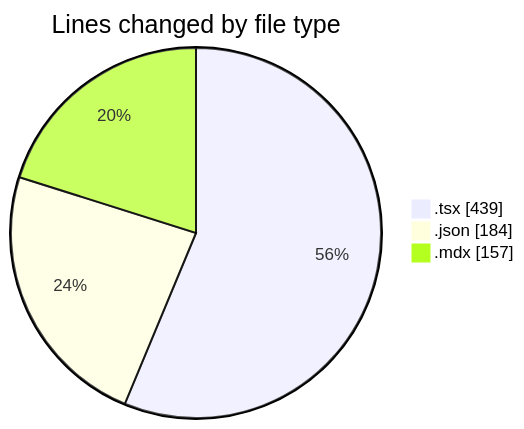
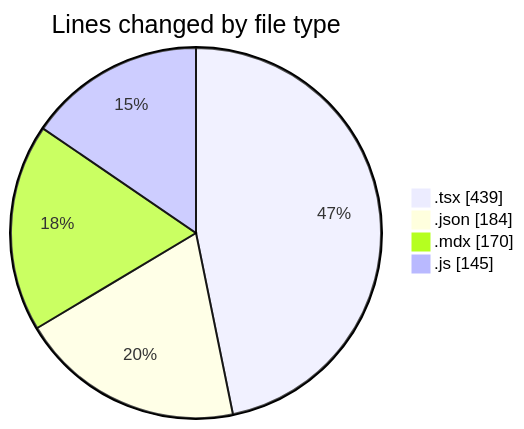
Before and after one commit to momahboobian/code-tracking: the first of 2 diagrams in 2026-01-12/cda/README.md, drawn with Mermaid. The commit also changed other lines of this file and 1 other file, not shown here.

````diff
--- a/2026-01-12/cda/README.md
+++ b/2026-01-12/cda/README.md
@@ -22,7 +23,8 @@
 ```mermaid
 pie showData
 title Lines changed by file type
 ".tsx" : 439
 ".json" : 184
-".mdx" : 157
+".mdx" : 170
+".js" : 145
 ```
````
